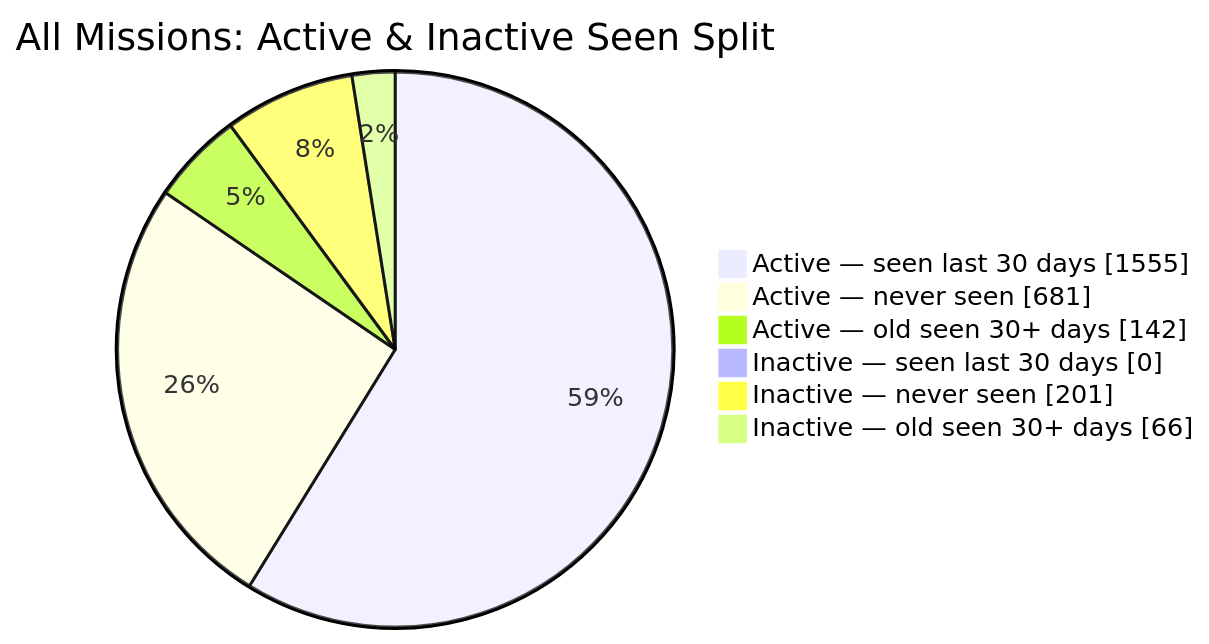
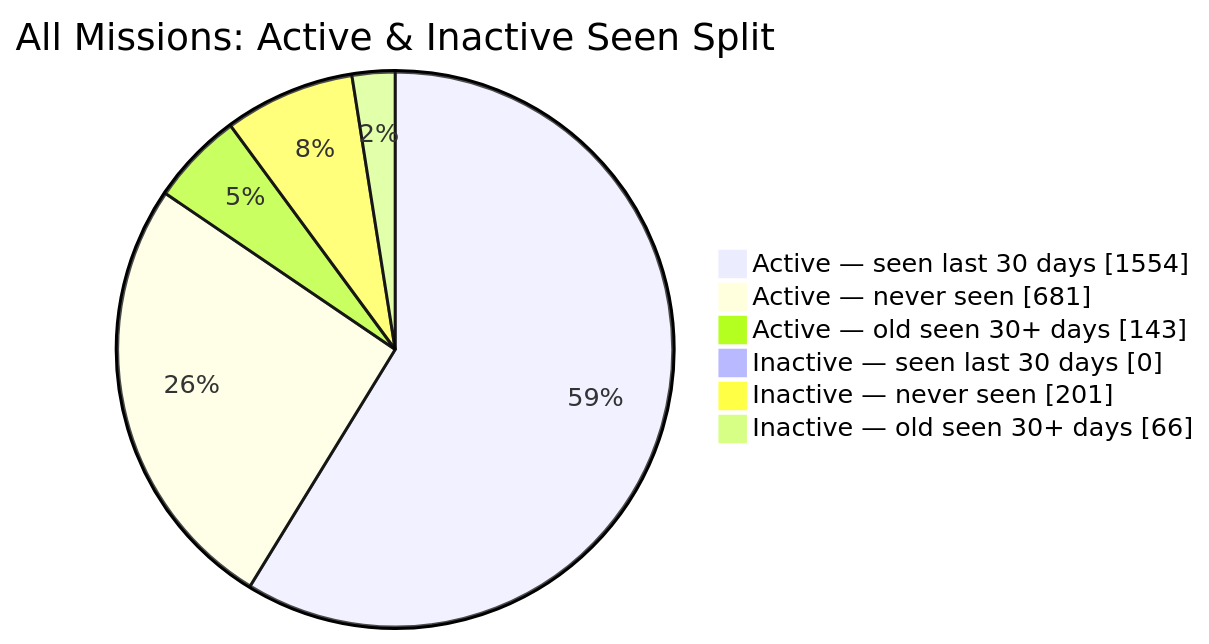
Before and after one commit to MeldkamerspelGameTeam/active-missions: the second of 2 diagrams in README.md, drawn with Mermaid. The commit also changed other lines of this file and 3 other files, not shown here.

````diff
--- a/README.md
+++ b/README.md
@@ -44,10 +44,10 @@
 ```mermaid
 pie showData
     title All Missions: Active & Inactive Seen Split
-    "Active — seen last 30 days" : 1555
+    "Active — seen last 30 days" : 1554
     "Active — never seen" : 681
-    "Active — old seen 30+ days" : 142
+    "Active — old seen 30+ days" : 143
     "Inactive — seen last 30 days" : 0
     "Inactive — never seen" : 201
     "Inactive — old seen 30+ days" : 66
 ```
````
